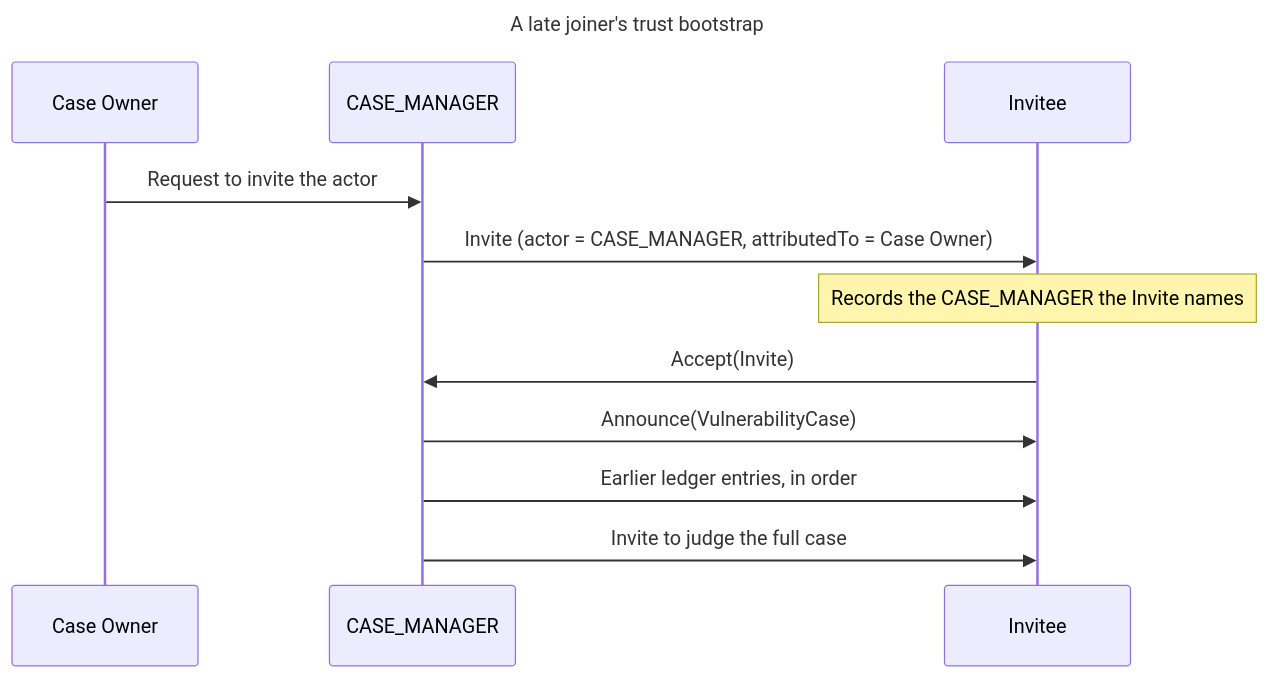
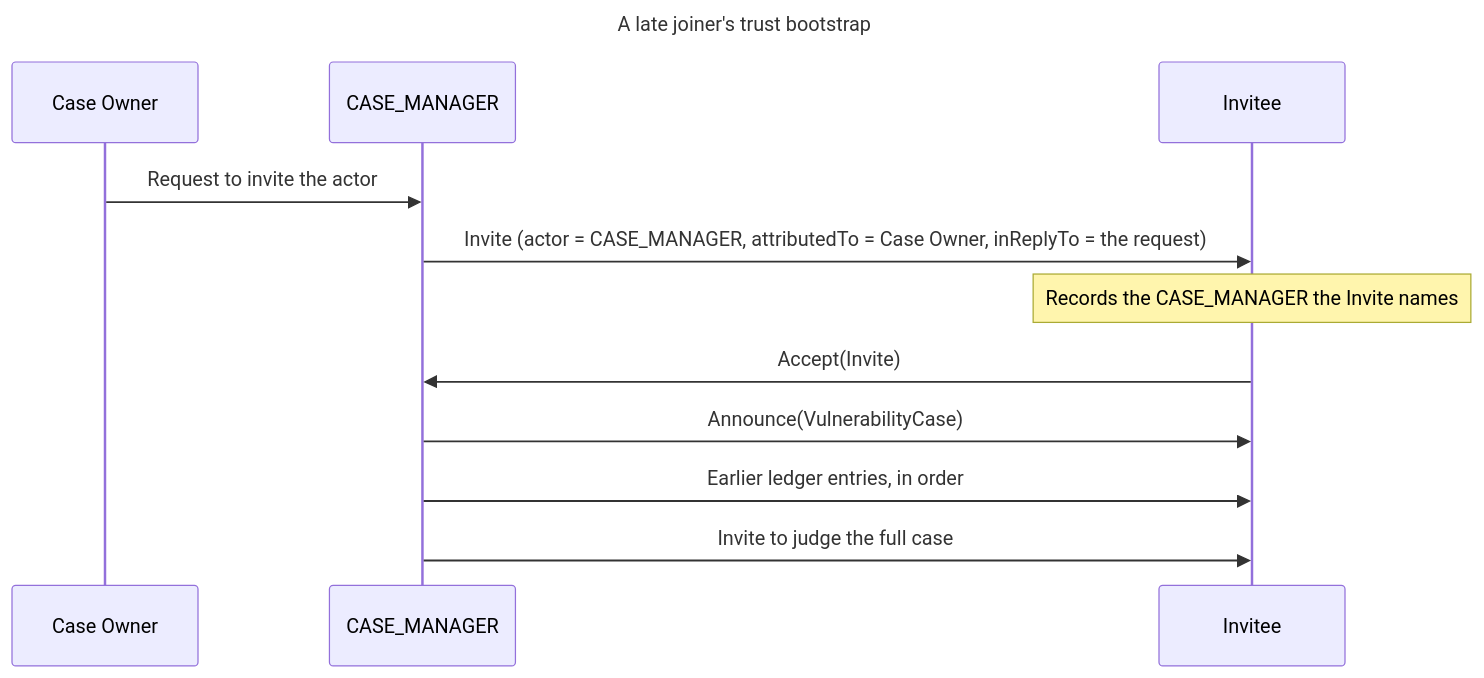
The second of 2 diagrams in docs/topics/case_lifecycle/case_authority_and_trust.md (CERTCC/Vultron), drawn with Mermaid before and after one commit. The commit also changed other lines of this file and 45 other files, not shown here.

First line of the commit message:
feat(core): delegated acts name the request they carry out in inReplyTo

````diff
--- a/docs/topics/case_lifecycle/case_authority_and_trust.md
+++ b/docs/topics/case_lifecycle/case_authority_and_trust.md
@@ -281,16 +283,16 @@
 ```mermaid
 ---
 title: A late joiner's trust bootstrap
 ---
 sequenceDiagram
     participant O as Case Owner
     participant M as CASE_MANAGER
     participant J as Invitee
     O->>M: Request to invite the actor
-    M->>J: Invite (actor = CASE_MANAGER, attributedTo = Case Owner)
+    M->>J: Invite (actor = CASE_MANAGER, attributedTo = Case Owner, inReplyTo = the request)
     Note over J: Records the CASE_MANAGER the Invite names
     J->>M: Accept(Invite)
     M->>J: Announce(VulnerabilityCase)
     M->>J: Earlier ledger entries, in order
     M->>J: Invite to judge the full case
 ```
````
